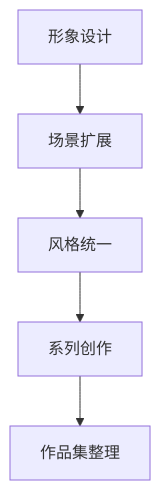
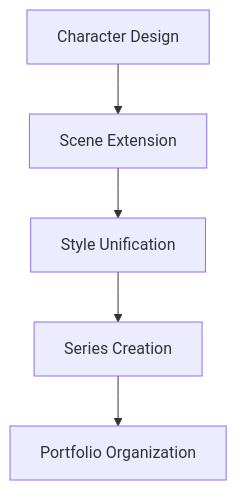
The third of 4 diagrams in versioned_docs/version-2024-winter/advanced/ai-systems/ai-drawing.mdx (ChanMeng666/ai-programming-teaching-project), drawn with Mermaid before and after one commit. The commit also changed other lines of this file and 472 other files, not shown here.

````diff
--- a/versioned_docs/version-2024-winter/advanced/ai-systems/ai-drawing.mdx
+++ b/versioned_docs/version-2024-winter/advanced/ai-systems/ai-drawing.mdx
@@ -274,7 +256,7 @@
 ```mermaid
 graph TD
-    A[形象设计] --> B[场景扩展]
-    B --> C[风格统一]
-    C --> D[系列创作]
-    D --> E[作品集整理]
+    A[Character Design] --> B[Scene Extension]
+    B --> C[Style Unification]
+    C --> D[Series Creation]
+    D --> E[Portfolio Organization]
 ```
````
